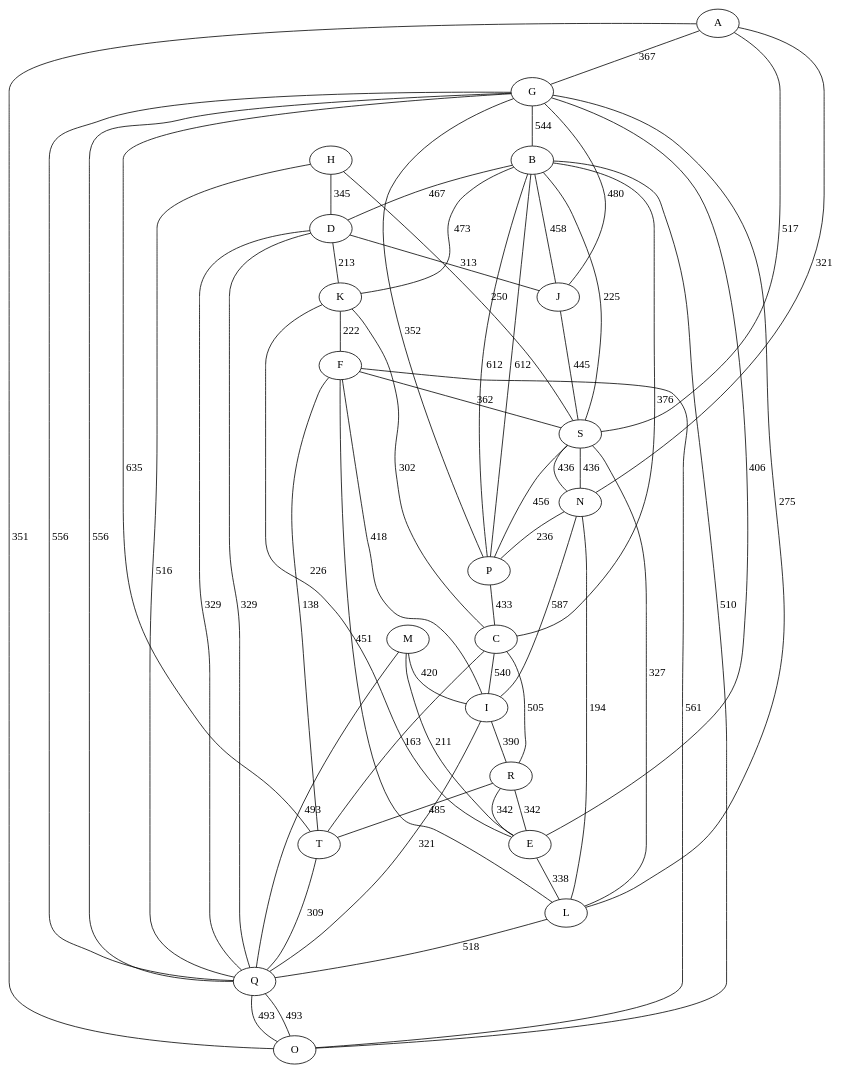
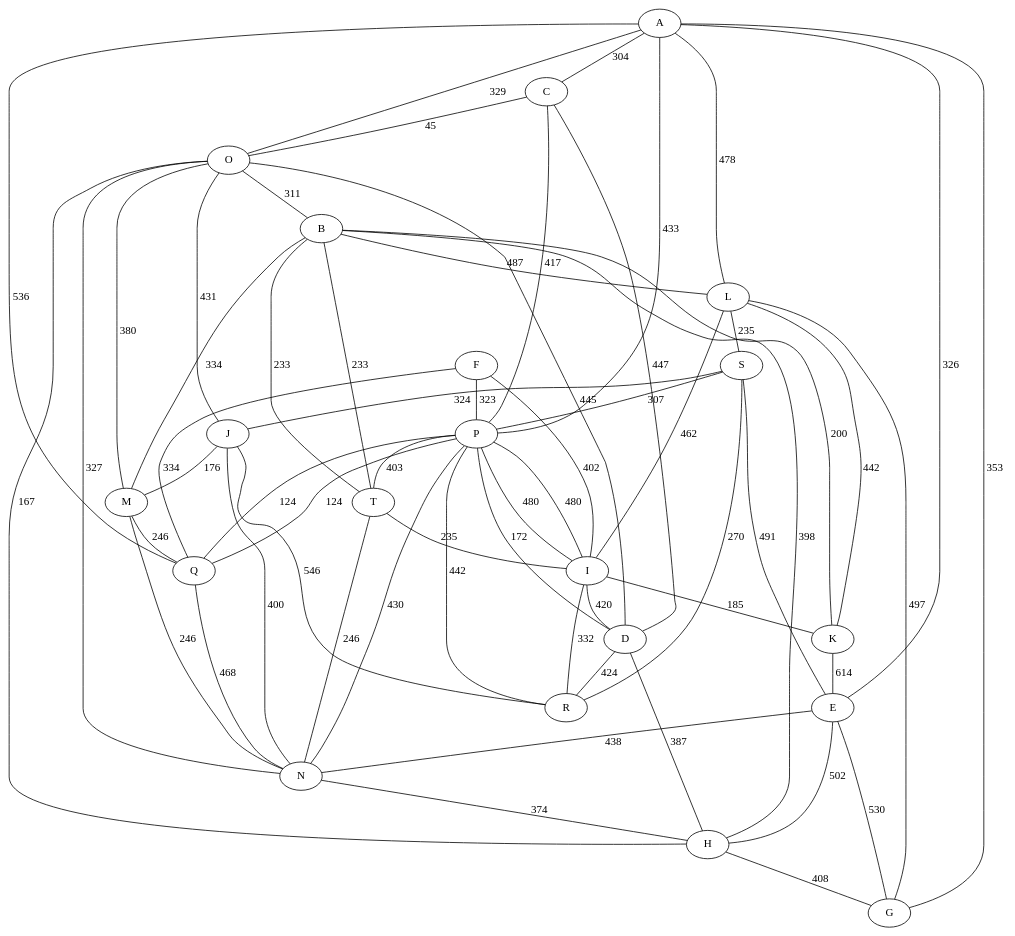
One commit to Guiritho/Assignment_Algo changed the diagram in Output/DataSet2/dataSet.dot. Above: the diagram before and after it, drawn with Graphviz. The commit also changed 23 other files, not shown here.

```diff
--- a/Output/DataSet2/dataSet.dot
+++ b/Output/DataSet2/dataSet.dot
@@ -1,62 +1,62 @@
 graph G {
-	A -- G [label="367"];
-	A -- N [label="321"];
-	A -- O [label="351"];
-	B -- D [label="467"];
-	B -- P [label="612"];
-	B -- S [label="225"];
-	C -- I [label="540"];
-	C -- K [label="302"];
-	C -- B [label="376"];
-	D -- K [label="213"];
-	D -- J [label="313"];
-	D -- Q [label="329"];
-	E -- L [label="338"];
-	E -- G [label="406"];
-	E -- R [label="342"];
-	F -- T [label="138"];
-	F -- I [label="418"];
-	F -- S [label="362"];
-	G -- B [label="544"];
-	G -- P [label="352"];
-	G -- Q [label="556"];
-	H -- Q [label="516"];
-	H -- D [label="345"];
-	H -- S [label="250"];
-	I -- Q [label="321"];
-	I -- R [label="390"];
-	I -- N [label="587"];
-	J -- S [label="445"];
-	J -- B [label="458"];
-	J -- G [label="480"];
-	K -- F [label="222"];
-	K -- B [label="473"];
-	K -- E [label="226"];
-	L -- F [label="451"];
-	L -- G [label="275"];
-	L -- Q [label="518"];
-	M -- Q [label="493"];
-	M -- I [label="420"];
-	M -- E [label="211"];
-	N -- P [label="236"];
-	N -- L [label="194"];
-	N -- S [label="436"];
-	O -- F [label="561"];
-	O -- B [label="510"];
-	O -- Q [label="493"];
-	P -- S [label="456"];
-	P -- C [label="433"];
-	P -- B [label="612"];
-	Q -- G [label="556"];
-	Q -- D [label="329"];
-	Q -- O [label="493"];
-	R -- E [label="342"];
-	R -- T [label="485"];
-	R -- C [label="505"];
-	S -- L [label="327"];
-	S -- N [label="436"];
-	S -- A [label="517"];
-	T -- Q [label="309"];
-	T -- G [label="635"];
-	T -- C [label="163"];
+	A -- C [label="304"];
+	A -- O [label="329"];
+	A -- P [label="433"];
+	B -- L [label="487"];
+	B -- T [label="233"];
+	B -- M [label="334"];
+	C -- O [label="45"];
+	C -- P [label="417"];
+	C -- D [label="447"];
+	D -- R [label="424"];
+	D -- P [label="172"];
+	D -- H [label="387"];
+	E -- N [label="438"];
+	E -- A [label="326"];
+	E -- H [label="502"];
+	F -- I [label="402"];
+	F -- P [label="323"];
+	F -- Q [label="334"];
+	G -- A [label="353"];
+	G -- L [label="497"];
+	G -- E [label="530"];
+	H -- B [label="398"];
+	H -- G [label="408"];
+	H -- O [label="167"];
+	I -- D [label="420"];
+	I -- P [label="480"];
+	I -- K [label="185"];
+	J -- R [label="546"];
+	J -- N [label="400"];
+	J -- M [label="176"];
+	K -- B [label="200"];
+	K -- E [label="614"];
+	K -- L [label="442"];
+	L -- S [label="235"];
+	L -- A [label="478"];
+	L -- I [label="462"];
+	M -- Q [label="246"];
+	M -- O [label="380"];
+	M -- N [label="246"];
+	N -- O [label="327"];
+	N -- H [label="374"];
+	N -- P [label="430"];
+	O -- D [label="445"];
+	O -- B [label="311"];
+	O -- J [label="431"];
+	P -- T [label="403"];
+	P -- Q [label="124"];
+	P -- I [label="480"];
+	Q -- N [label="468"];
+	Q -- A [label="536"];
+	Q -- P [label="124"];
+	R -- P [label="442"];
+	R -- S [label="270"];
+	R -- I [label="332"];
+	S -- P [label="307"];
+	S -- J [label="324"];
+	S -- E [label="491"];
+	T -- I [label="235"];
+	T -- N [label="246"];
+	T -- B [label="233"];
 }
```
